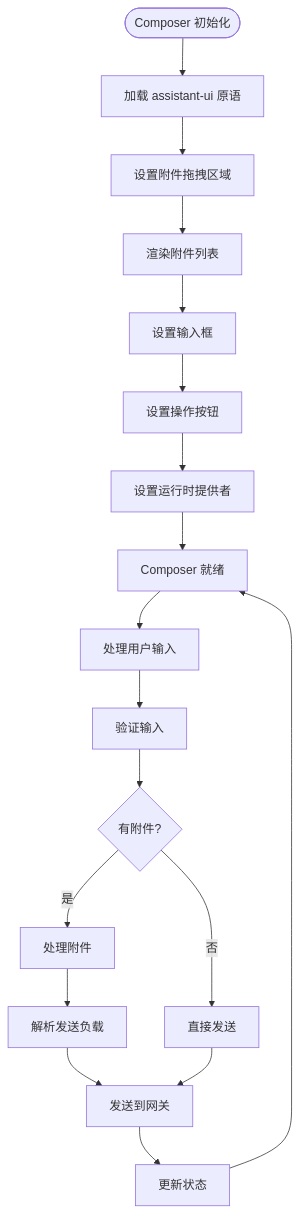
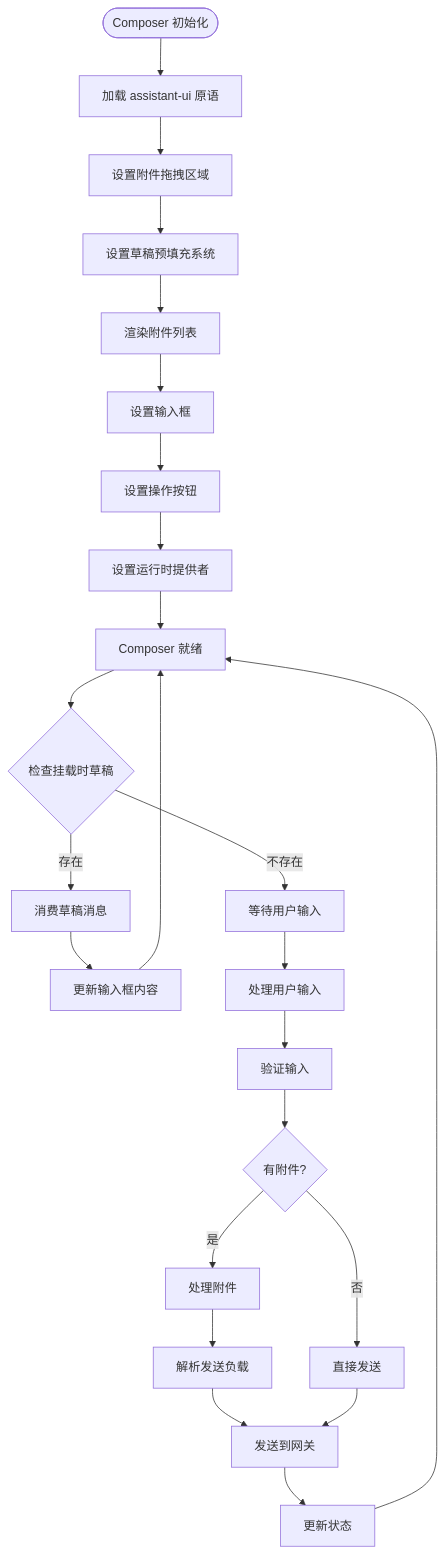
Before and after one commit to verse-ai-org/openclaw: the fifth of 12 diagrams in .qoder/repowiki/zh/content/Composer Component.md, drawn with Mermaid. The commit also changed other lines of this file and 55 other files, not shown here.

````diff
--- a/.qoder/repowiki/zh/content/Composer Component.md
+++ b/.qoder/repowiki/zh/content/Composer Component.md
@@ -220,20 +272,26 @@
 ```mermaid
 flowchart TD
 Start([Composer 初始化]) --> LoadPrimitives[加载 assistant-ui 原语]
 LoadPrimitives --> SetupAttachmentDropzone[设置附件拖拽区域]
-SetupAttachmentDropzone --> RenderAttachments[渲染附件列表]
+SetupAttachmentDropzone --> SetupDraftPrefill[设置草稿预填充系统]
+SetupDraftPrefill --> RenderAttachments[渲染附件列表]
 RenderAttachments --> SetupInput[设置输入框]
 SetupInput --> SetupActions[设置操作按钮]
 SetupActions --> SetupRuntime[设置运行时提供者]
 SetupRuntime --> Ready[Composer 就绪]
-Ready --> HandleUserInput[处理用户输入]
+Ready --> CheckPendingDraft{检查挂载时草稿}
+CheckPendingDraft --> |存在| ConsumeDraft[消费草稿消息]
+CheckPendingDraft --> |不存在| WaitUserInput[等待用户输入]
+ConsumeDraft --> UpdateInput[更新输入框内容]
+UpdateInput --> Ready
+WaitUserInput --> HandleUserInput[处理用户输入]
 HandleUserInput --> ValidateInput[验证输入]
 ValidateInput --> HasAttachments{有附件?}
 HasAttachments --> |是| ProcessAttachments[处理附件]
 HasAttachments --> |否| SendDirectly[直接发送]
 ProcessAttachments --> ParsePayload[解析发送负载]
 ParsePayload --> SendToGateway[发送到网关]
 SendDirectly --> SendToGateway
 SendToGateway --> UpdateState[更新状态]
 UpdateState --> Ready
 ```
````
